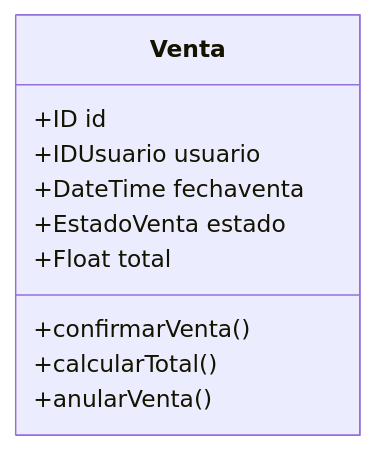
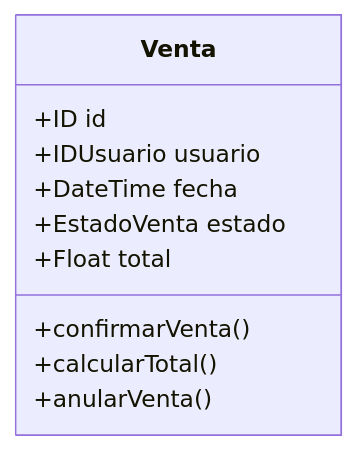
Before and after one commit to jose6668/FarmaExpres-backend: the sixth of 9 diagrams in Diagramas/Diagrama_Clases.md, drawn with Mermaid. The commit also changed other lines of this file and 6 other files, not shown here.

````diff
--- a/Diagramas/Diagrama_Clases.md
+++ b/Diagramas/Diagrama_Clases.md
@@ -81,13 +83,13 @@
 ```mermaid
 classDiagram
 class Venta {
   +ID id
   +IDUsuario usuario
-  +DateTime fechaventa
+  +DateTime fecha
   +EstadoVenta estado
   +Float total
   +confirmarVenta()
   +calcularTotal()
   +anularVenta()
 }
 ```
````
